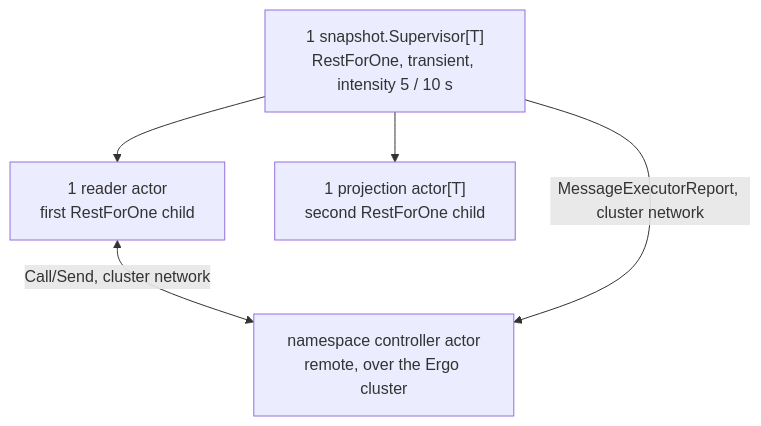
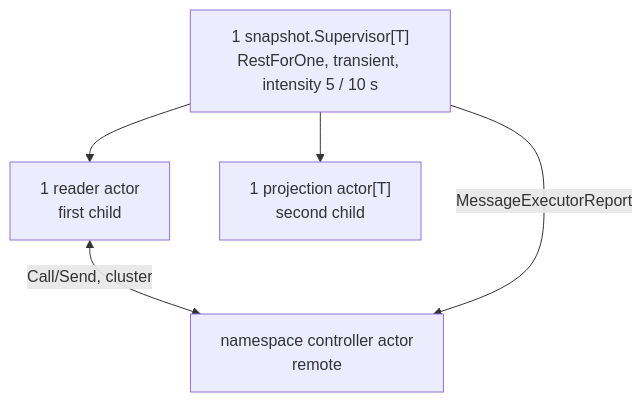
Before and after one commit to HarishHary/blink: the first of 4 diagrams in docs/internals/snapshot-runtime.md, drawn with Mermaid. The commit also changed other lines of this file and 4 other files, not shown here.

````diff
--- a/docs/internals/snapshot-runtime.md
+++ b/docs/internals/snapshot-runtime.md
@@ -7,11 +9,11 @@
 ```mermaid
 flowchart TB
   supervisor["1 snapshot.Supervisor[T]\nRestForOne, transient, intensity 5 / 10 s"]
-  reader["1 reader actor\nfirst RestForOne child"]
-  controller["namespace controller actor\nremote, over the Ergo cluster"]
-  projection["1 projection actor[T]\nsecond RestForOne child"]
+  reader["1 reader actor\nfirst child"]
+  controller["namespace controller actor\nremote"]
+  projection["1 projection actor[T]\nsecond child"]
   supervisor --> reader
   supervisor --> projection
-  reader <-->|Call/Send, cluster network| controller
-  supervisor -->|MessageExecutorReport, cluster network| controller
+  reader <-->|Call/Send, cluster| controller
+  supervisor -->|MessageExecutorReport| controller
 ```
````
